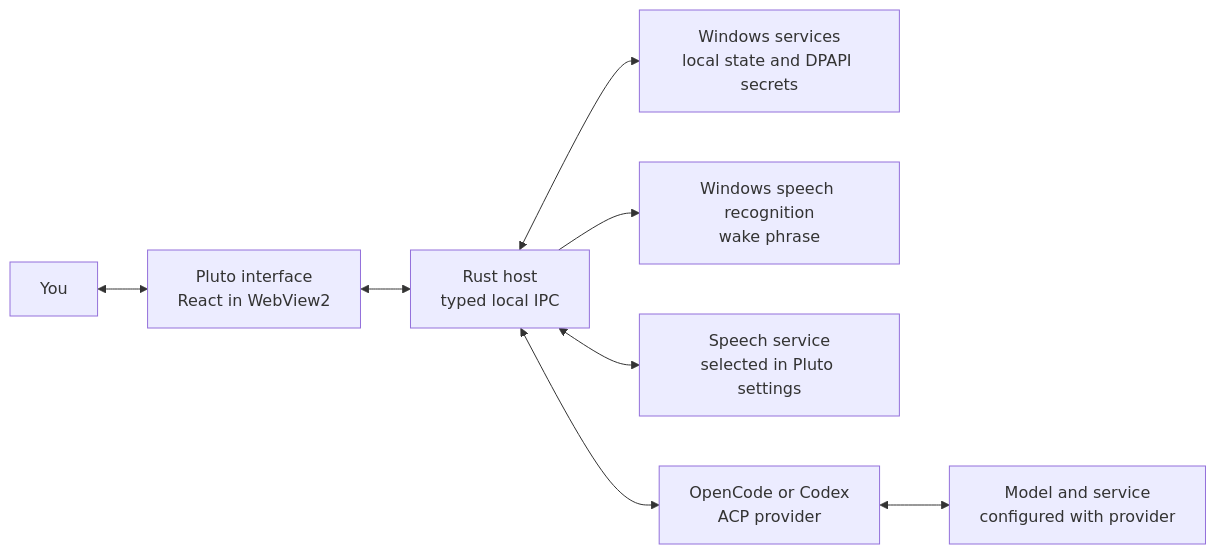
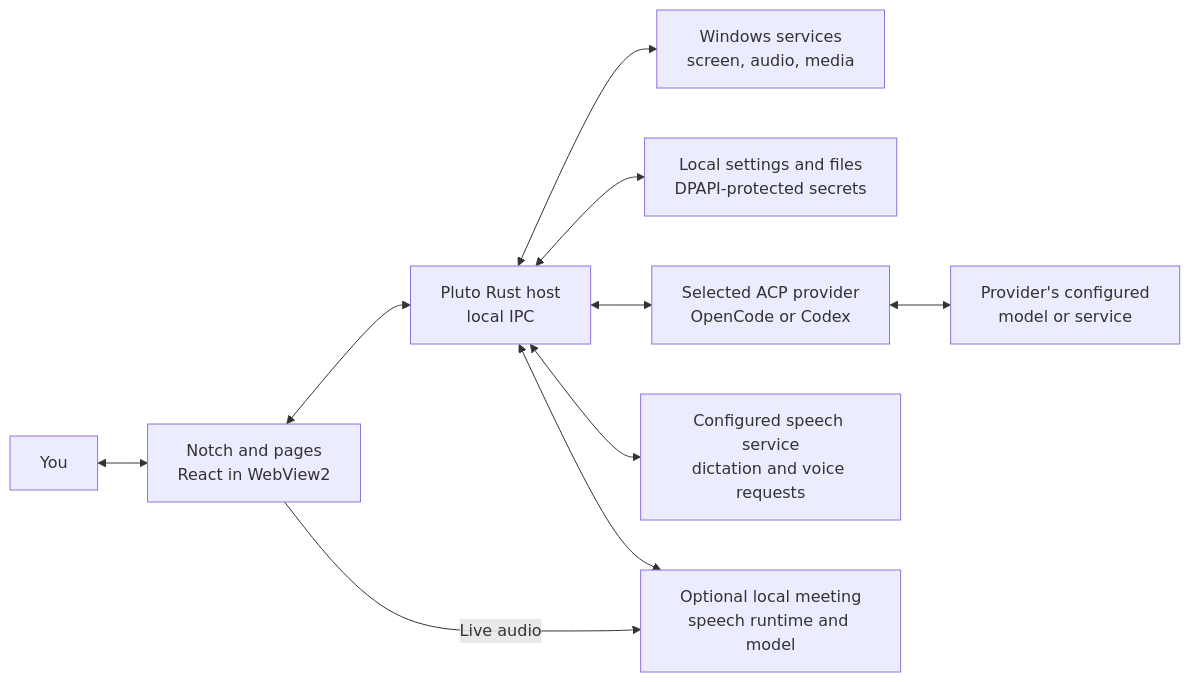
One commit to amxcodes/little-world-pluto changed the first of 2 diagrams in README.md. Above: the diagram before and after it, drawn with Mermaid. The commit also changed other lines of this file, not shown here.

Commit message:
Document Pluto architecture and agent presentation gateway (#15)

````diff
--- a/README.md
+++ b/README.md
@@ -49,10 +62,12 @@
 ```mermaid
 flowchart LR
-    Person[You] <--> UI["Pluto interface<br/>React in WebView2"]
-    UI <--> Host["Rust host<br/>typed local IPC"]
-    Host <--> Local["Windows services<br/>local state and DPAPI secrets"]
-    Host --> Wake["Windows speech recognition<br/>wake phrase"]
-    Host <--> Speech["Speech service<br/>selected in Pluto settings"]
-    Host <--> ACP["OpenCode or Codex<br/>ACP provider"]
-    ACP <--> Model["Model and service<br/>configured with provider"]
+    You[You] <--> UI["Notch and pages<br/>React in WebView2"]
+    UI <--> Host["Pluto Rust host<br/>local IPC"]
+    Host <--> Windows["Windows services<br/>screen, audio, media"]
+    Host <--> Data["Local settings and files<br/>DPAPI-protected secrets"]
+    Host <--> ACP["Selected ACP provider<br/>OpenCode or Codex"]
+    ACP <--> Model["Provider's configured<br/>model or service"]
+    Host <--> Speech["Configured speech service<br/>dictation and voice requests"]
+    UI -->|"Live audio"| Meetings["Optional local meeting<br/>speech runtime and model"]
+    Host <--> Meetings
 ```
````
